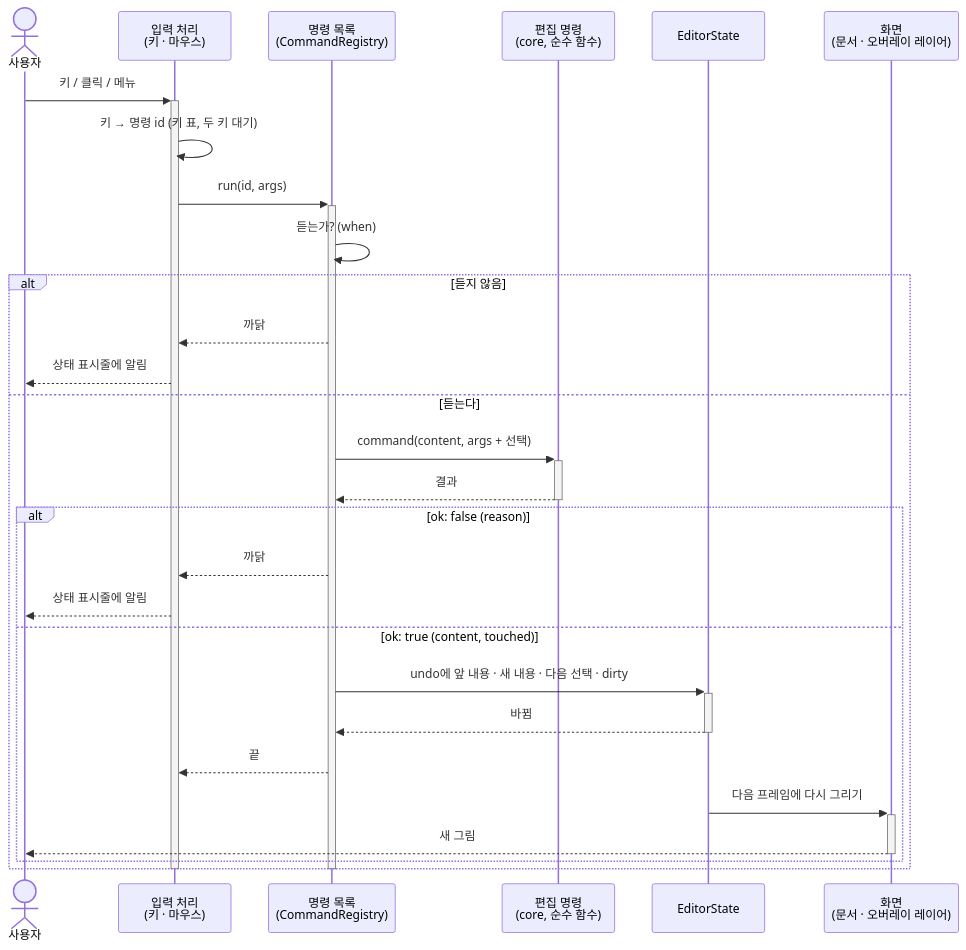
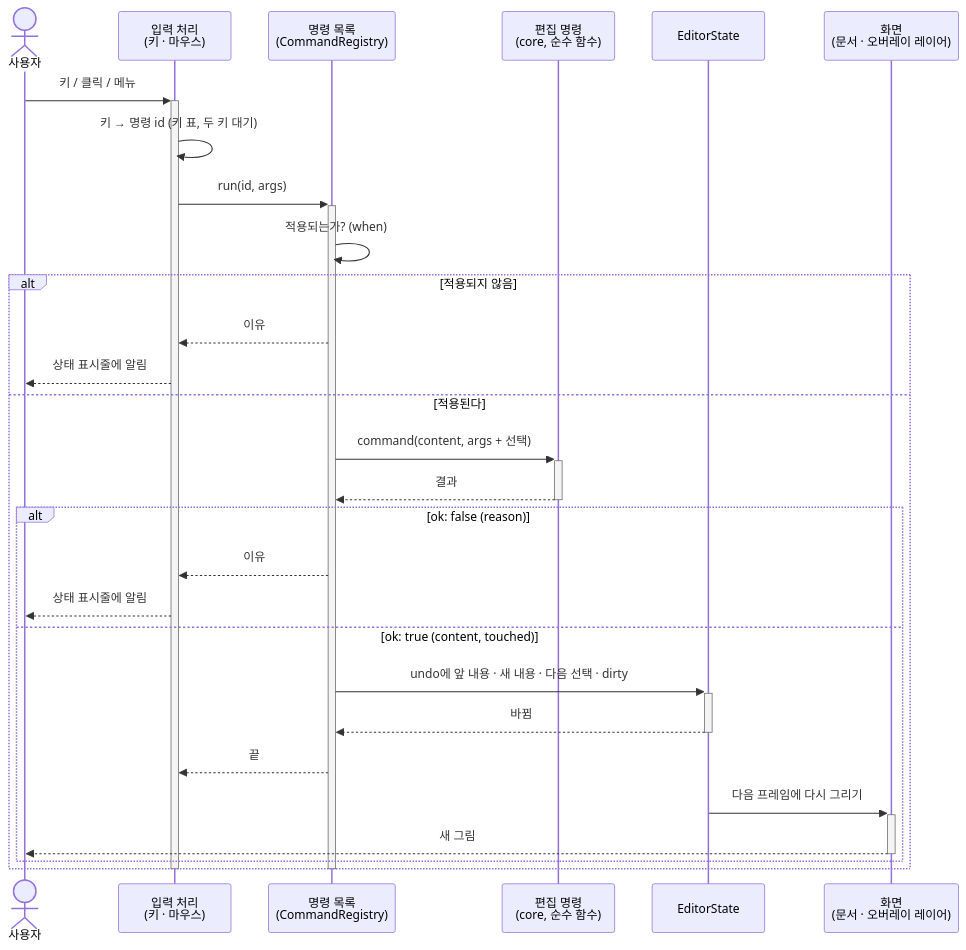
Before and after one commit to reddiana/AriadneNSD: the first of 2 diagrams in docs/04-design/03-editor.md, drawn with Mermaid. The commit also changed other lines of this file and 5 other files, not shown here.

````diff
--- a/docs/04-design/03-editor.md
+++ b/docs/04-design/03-editor.md
@@ -110,32 +110,32 @@
 ```mermaid
 sequenceDiagram
     actor U as 사용자
     participant I as 입력 처리<br/>(키 · 마우스)
     participant R as 명령 목록<br/>(CommandRegistry)
     participant C as 편집 명령<br/>(core, 순수 함수)
     participant S as EditorState
     participant D as 화면<br/>(문서 · 오버레이 레이어)
     U->>+I: 키 / 클릭 / 메뉴
     I->>I: 키 → 명령 id (키 표, 두 키 대기)
     I->>+R: run(id, args)
-    R->>R: 듣는가? (when)
-    alt 듣지 않음
-        R-->>I: 까닭
+    R->>R: 적용되는가? (when)
+    alt 적용되지 않음
+        R-->>I: 이유
         I-->>U: 상태 표시줄에 알림
-    else 듣는다
+    else 적용된다
         R->>+C: command(content, args + 선택)
         C-->>-R: 결과
         alt ok: false (reason)
-            R-->>I: 까닭
+            R-->>I: 이유
             I-->>U: 상태 표시줄에 알림
         else ok: true (content, touched)
             R->>+S: undo에 앞 내용 · 새 내용 · 다음 선택 · dirty
             S-->>-R: 바뀜
             R-->>I: 끝
             S->>+D: 다음 프레임에 다시 그리기
             D-->>-U: 새 그림
         end
     end
     deactivate R
     deactivate I
 ```
````
